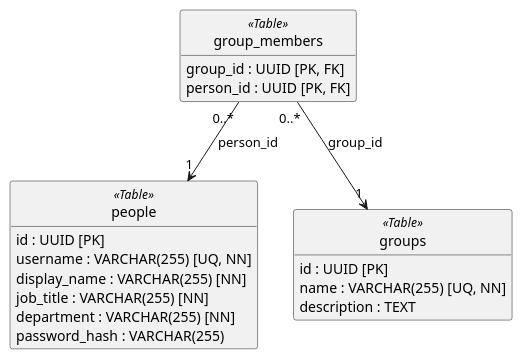
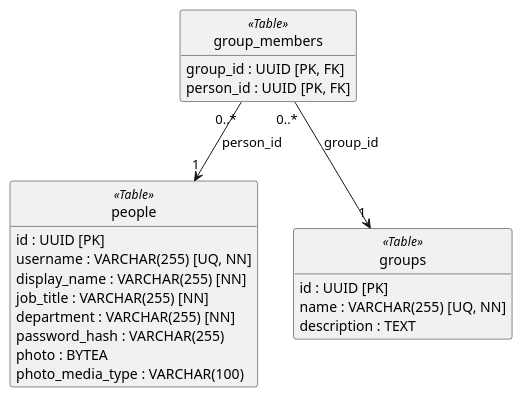
The diagram in diagrams/directory/database.puml (Soulware-Emergentes/report), drawn with PlantUML before and after one commit. The commit also changed 35 other files, not shown here.

Commit message:
docs: update diagrams and technical documentation to the current code

```diff
--- a/diagrams/directory/database.puml
+++ b/diagrams/directory/database.puml
@@ -1,28 +1,30 @@
 @startuml directory-database
 skinparam classAttributeIconSize 0
 hide circle
 hide empty methods
 
 class people <<Table>> {
     {field} id : UUID [PK]
     {field} username : VARCHAR(255) [UQ, NN]
     {field} display_name : VARCHAR(255) [NN]
     {field} job_title : VARCHAR(255) [NN]
     {field} department : VARCHAR(255) [NN]
     {field} password_hash : VARCHAR(255)
+    {field} photo : BYTEA
+    {field} photo_media_type : VARCHAR(100)
 }
 
 class groups <<Table>> {
     {field} id : UUID [PK]
     {field} name : VARCHAR(255) [UQ, NN]
     {field} description : TEXT
 }
 
 class group_members <<Table>> {
     {field} group_id : UUID [PK, FK]
     {field} person_id : UUID [PK, FK]
 }
 
 group_members "0..*" --> "1" groups : group_id
 group_members "0..*" --> "1" people : person_id
 @enduml
```
